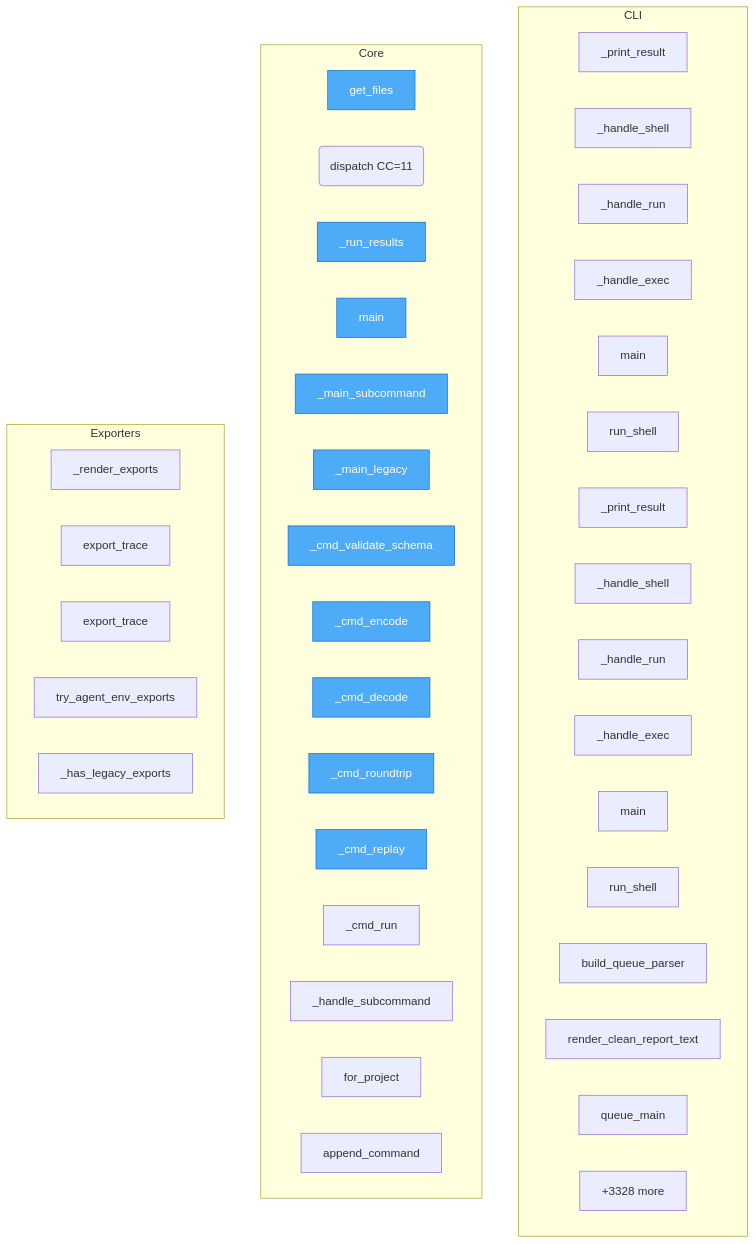
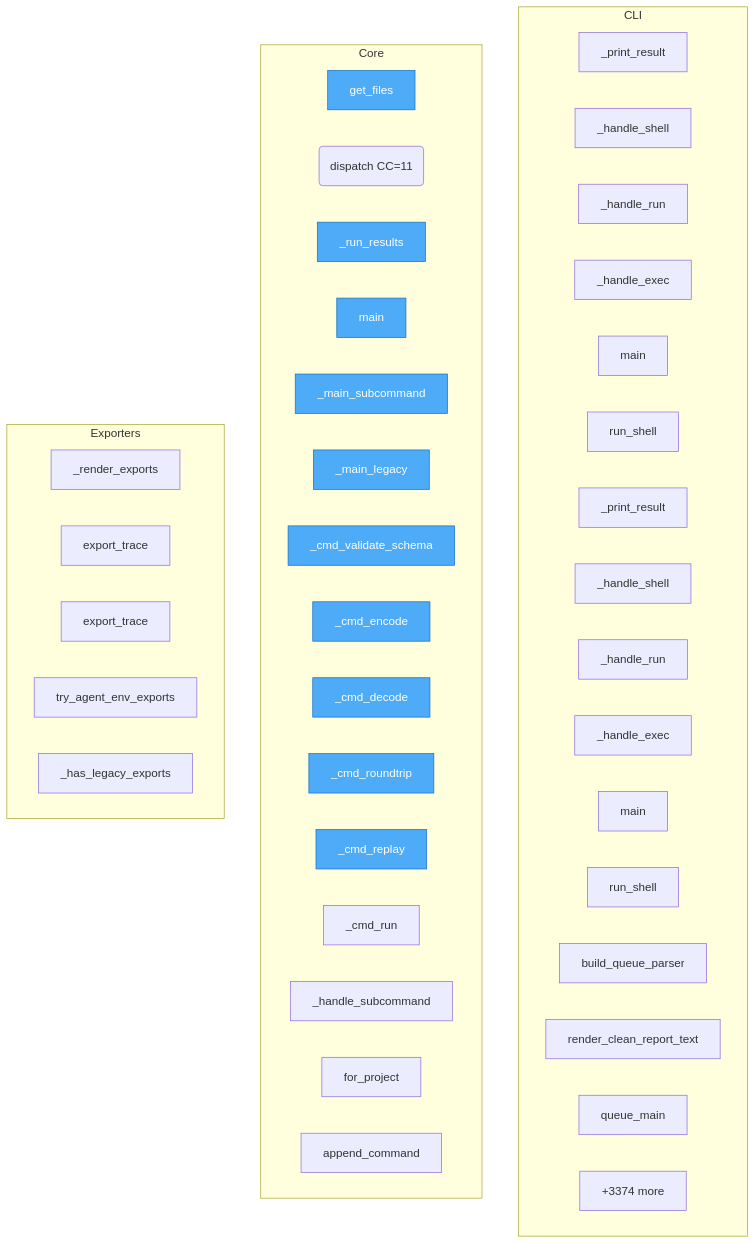
The diagram in project/flow.mmd (semcod/koru), drawn with Mermaid before and after one commit. The commit also changed 64 other files, not shown here.

```diff
--- a/project/flow.mmd
+++ b/project/flow.mmd
@@ -1,53 +1,53 @@
 flowchart TD
-%% generated in 1.01s
+%% generated in 1.52s
 
     %% Entry points (blue)
     classDef entry fill:#4dabf7,stroke:#1971c2,color:#fff
 
     subgraph CLI
         packages__cli2koru__src__cli2koru__cli___print_result["_print_result"]
         packages__cli2koru__src__cli2koru__cli___handle_shell["_handle_shell"]
         packages__cli2koru__src__cli2koru__cli___handle_run["_handle_run"]
         packages__cli2koru__src__cli2koru__cli___handle_exec["_handle_exec"]
         packages__cli2koru__src__cli2koru__cli__main["main"]
         packages__cli2koru__src__cli2koru__shell__run_shell["run_shell"]
         packages__cli2coru__src__cli2coru__cli___print_result["_print_result"]
         packages__cli2coru__src__cli2coru__cli___handle_shell["_handle_shell"]
         packages__cli2coru__src__cli2coru__cli___handle_run["_handle_run"]
         packages__cli2coru__src__cli2coru__cli___handle_exec["_handle_exec"]
         packages__cli2coru__src__cli2coru__cli__main["main"]
         packages__cli2coru__src__cli2coru__shell__run_shell["run_shell"]
         koru__cli_queue__build_queue_parser["build_queue_parser"]
         koru__cli_queue__render_clean_report_text["render_clean_report_text"]
         koru__cli_queue__queue_main["queue_main"]
         ...["+4 more"]
     end
 
     subgraph Core
         check_dups__get_files["get_files"]
         packages__dsl2koru__src__dsl2koru__bus__dispatch("dispatch CC=11")
         packages__dsl2koru__src__dsl2koru__cli___run_results["_run_results"]
         packages__dsl2koru__src__dsl2koru__cli__main["main"]
         packages__dsl2koru__src__dsl2koru__cli___main_subcommand["_main_subcommand"]
         packages__dsl2koru__src__dsl2koru__cli___main_legacy["_main_legacy"]
         packages__dsl2koru__src__dsl2koru__cli___cmd_validate_schema["_cmd_validate_schema"]
         packages__dsl2koru__src__dsl2koru__cli___cmd_encode["_cmd_encode"]
         packages__dsl2koru__src__dsl2koru__cli___cmd_decode["_cmd_decode"]
         packages__dsl2koru__src__dsl2koru__cli___cmd_roundtrip["_cmd_roundtrip"]
         packages__dsl2koru__src__dsl2koru__cli___cmd_replay["_cmd_replay"]
         packages__dsl2koru__src__dsl2koru__cli___cmd_run["_cmd_run"]
         packages__dsl2koru__src__dsl2koru__cli___handle_subcommand["_handle_subcommand"]
         packages__dsl2koru__src__dsl2koru__events__EventStore__for_project["for_project"]
         packages__dsl2koru__src__dsl2koru__events__EventStore__append_command["append_command"]
-        ...["+3328 more"]
+        ...["+3374 more"]
     end
 
     subgraph Exporters
         packages__koruenv__src__koruenv__cli___render_exports["_render_exports"]
         packages__nlpshim__src__nlpshim__conversation_client__ConversationTestClient__export_trace["export_trace"]
         packages__nlpshim__src__nlpshim__conversation_test_api__export_trace["export_trace"]
         src__koru__agent_cli_helpers__try_agent_env_exports["try_agent_env_exports"]
         src__koru__cli___has_legacy_exports["_has_legacy_exports"]
     end
 
     class check_dups__get_files,packages__dsl2koru__src__dsl2koru__cli___run_results,packages__dsl2koru__src__dsl2koru__cli__main,packages__dsl2koru__src__dsl2koru__cli___main_subcommand,packages__dsl2koru__src__dsl2koru__cli___main_legacy,packages__dsl2koru__src__dsl2koru__cli___cmd_validate_schema,packages__dsl2koru__src__dsl2koru__cli___cmd_encode,packages__dsl2koru__src__dsl2koru__cli___cmd_decode,packages__dsl2koru__src__dsl2koru__cli___cmd_roundtrip,packages__dsl2koru__src__dsl2koru__cli___cmd_replay entry
```
